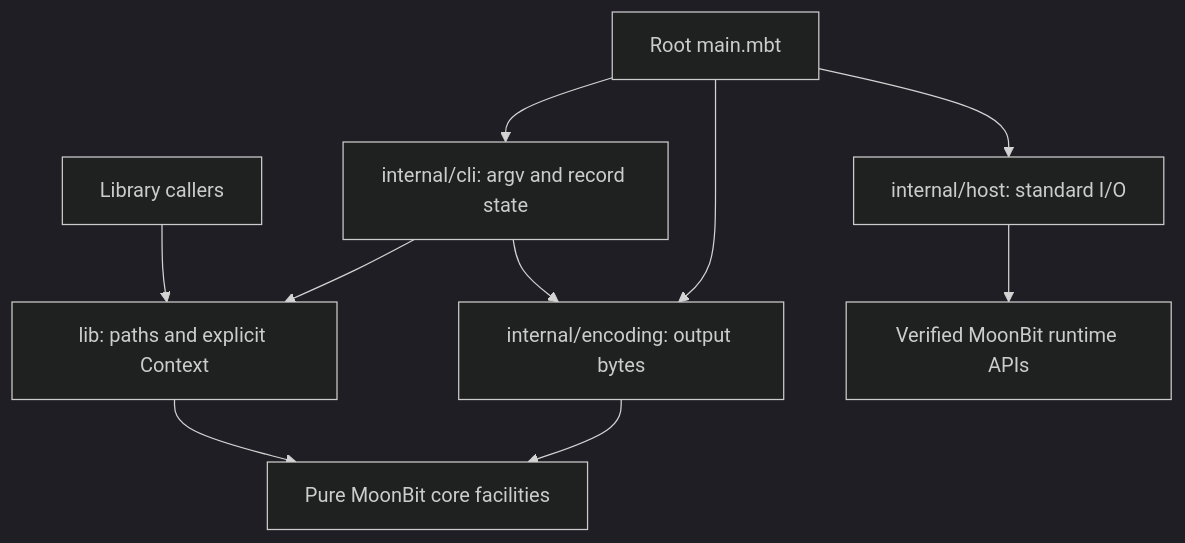
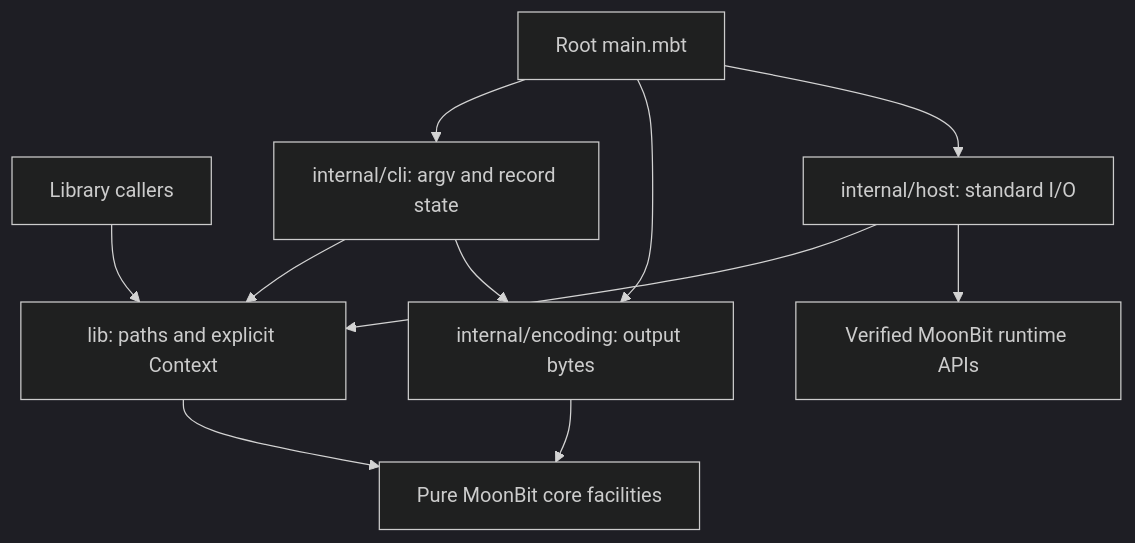
Before and after one commit to moonbit-community/cygpath: the diagram in docs/02-architecture.md, drawn with Mermaid (dark theme). The commit also changed other lines of this file and 95 other files, not shown here.

````diff
--- a/docs/02-architecture.md
+++ b/docs/02-architecture.md
@@ -69,12 +79,13 @@
 ```mermaid
 flowchart TD
     User[Library callers] --> Core[lib: paths and explicit Context]
     Main[Root main.mbt] --> CLI[internal/cli: argv and record state]
     Main --> Encoder[internal/encoding: output bytes]
     Main --> Host[internal/host: standard I/O]
     CLI --> Core
     CLI --> Encoder
+    Host --> Core
     Host --> Runtime[Verified MoonBit runtime APIs]
     Core --> Std[Pure MoonBit core facilities]
     Encoder --> Std
 ```
````
